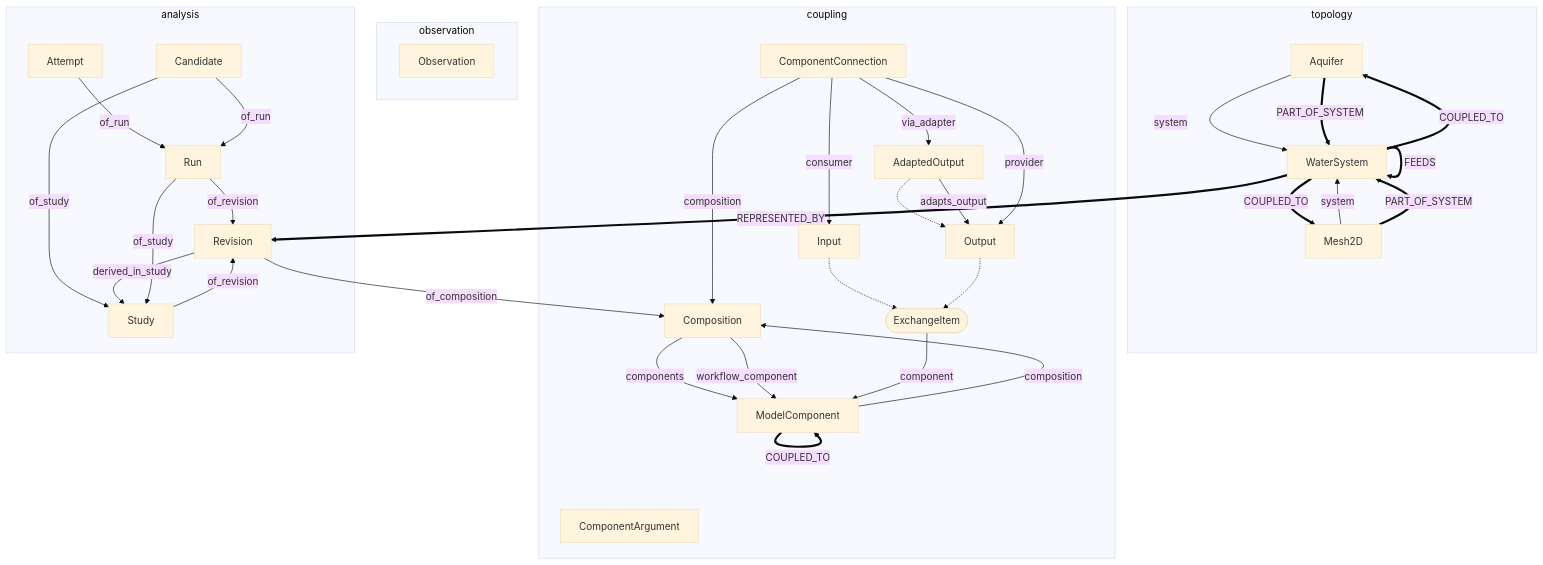
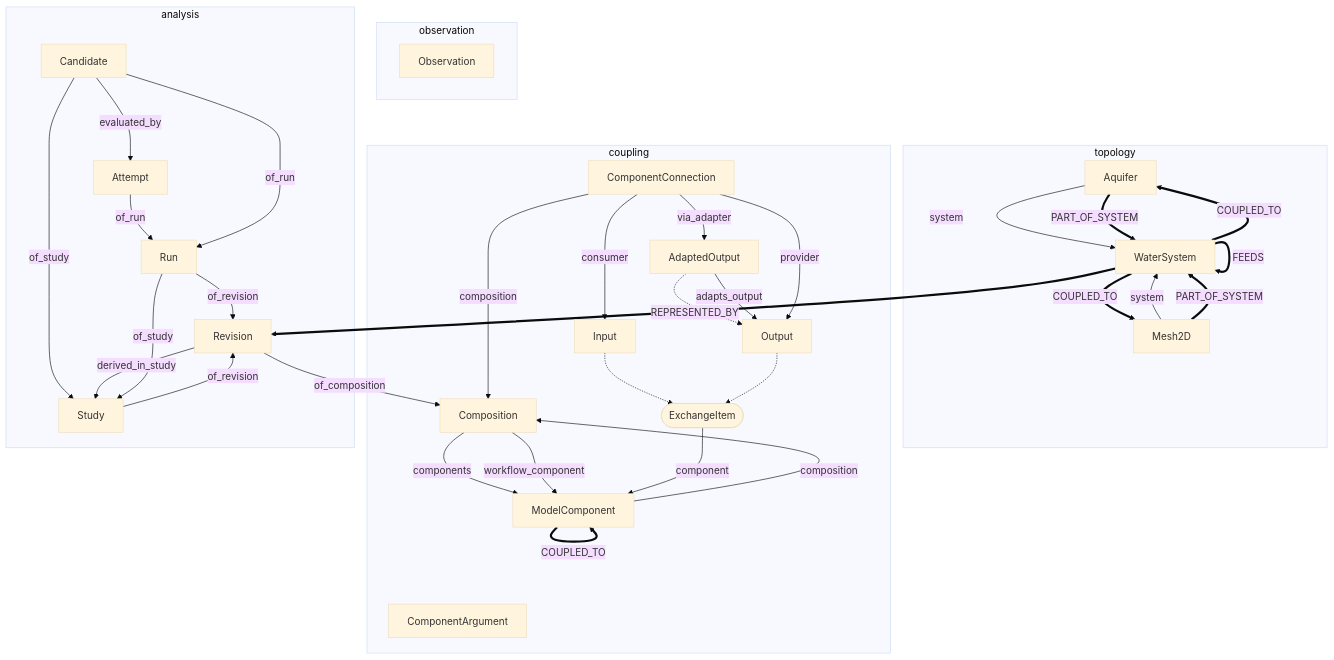
The third of 5 diagrams in docs/diagrams/knowledge-graph.md (HydroCouple/water-ontology), drawn with Mermaid (base theme) before and after one commit. The commit also changed other lines of this file and 25 other files, not shown here.

````diff
--- a/docs/diagrams/knowledge-graph.md
+++ b/docs/diagrams/knowledge-graph.md
@@ -156,57 +156,58 @@
 ```mermaid
 flowchart TB
   subgraph wsys_topology["topology"]
     Aquifer["Aquifer"]
     Mesh2D["Mesh2D"]
     WaterSystem["WaterSystem"]
   end
   subgraph wsys_observation["observation"]
     Observation["Observation"]
   end
   subgraph wsys_coupling["coupling"]
     AdaptedOutput["AdaptedOutput"]
     ComponentArgument["ComponentArgument"]
     ComponentConnection["ComponentConnection"]
     Composition["Composition"]
     ExchangeItem(["ExchangeItem"])
     Input["Input"]
     ModelComponent["ModelComponent"]
     Output["Output"]
   end
   subgraph wsys_analysis["analysis"]
     Attempt["Attempt"]
     Candidate["Candidate"]
     Revision["Revision"]
     Run["Run"]
     Study["Study"]
   end
   AdaptedOutput -.-> Output
   Input -.-> ExchangeItem
   Output -.-> ExchangeItem
   AdaptedOutput -- adapts_output --> Output
   Aquifer -- system --> WaterSystem
   Attempt -- of_run --> Run
   Candidate -- of_study --> Study
   Candidate -- of_run --> Run
+  Candidate -- evaluated_by --> Attempt
   ComponentConnection -- composition --> Composition
   ComponentConnection -- provider --> Output
   ComponentConnection -- consumer --> Input
   ComponentConnection -- via_adapter --> AdaptedOutput
   Composition -- components --> ModelComponent
   Composition -- workflow_component --> ModelComponent
   ExchangeItem -- component --> ModelComponent
   Mesh2D -- system --> WaterSystem
   ModelComponent -- composition --> Composition
   Revision -- of_composition --> Composition
   Revision -- derived_in_study --> Study
   Run -- of_revision --> Revision
   Run -- of_study --> Study
   Study -- of_revision --> Revision
   WaterSystem == FEEDS ==> WaterSystem
   Aquifer == PART_OF_SYSTEM ==> WaterSystem
   Mesh2D == PART_OF_SYSTEM ==> WaterSystem
   WaterSystem == REPRESENTED_BY ==> Revision
   ModelComponent == COUPLED_TO ==> ModelComponent
   WaterSystem == COUPLED_TO ==> Mesh2D
   WaterSystem == COUPLED_TO ==> Aquifer
 ```
````
